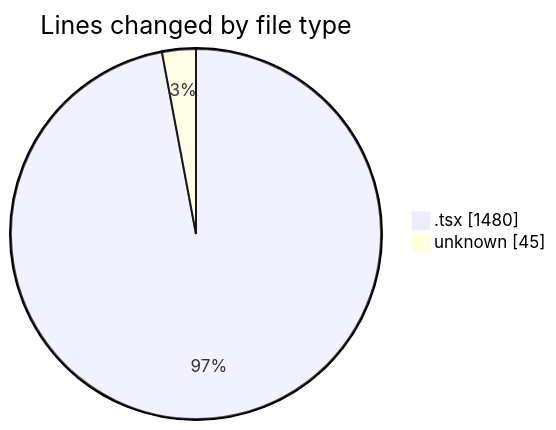
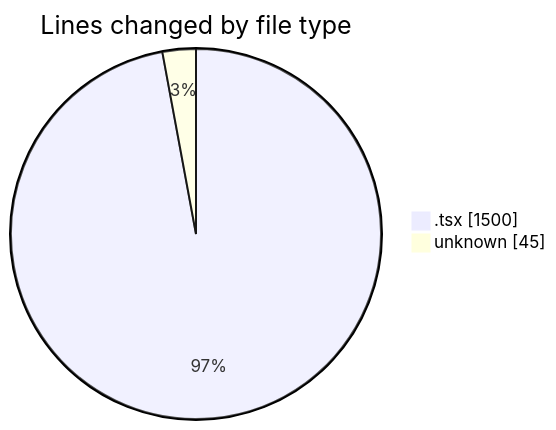
The first of 2 diagrams in 2025-09-01/cda/README.md (momahboobian/code-tracking), drawn with Mermaid before and after one commit. The commit also changed other lines of this file and 1 other file, not shown here.

````diff
--- a/2025-09-01/cda/README.md
+++ b/2025-09-01/cda/README.md
@@ -24,6 +24,6 @@
 ```mermaid
 pie showData
 title Lines changed by file type
-".tsx" : 1480
+".tsx" : 1500
 "unknown" : 45
 ```
````
